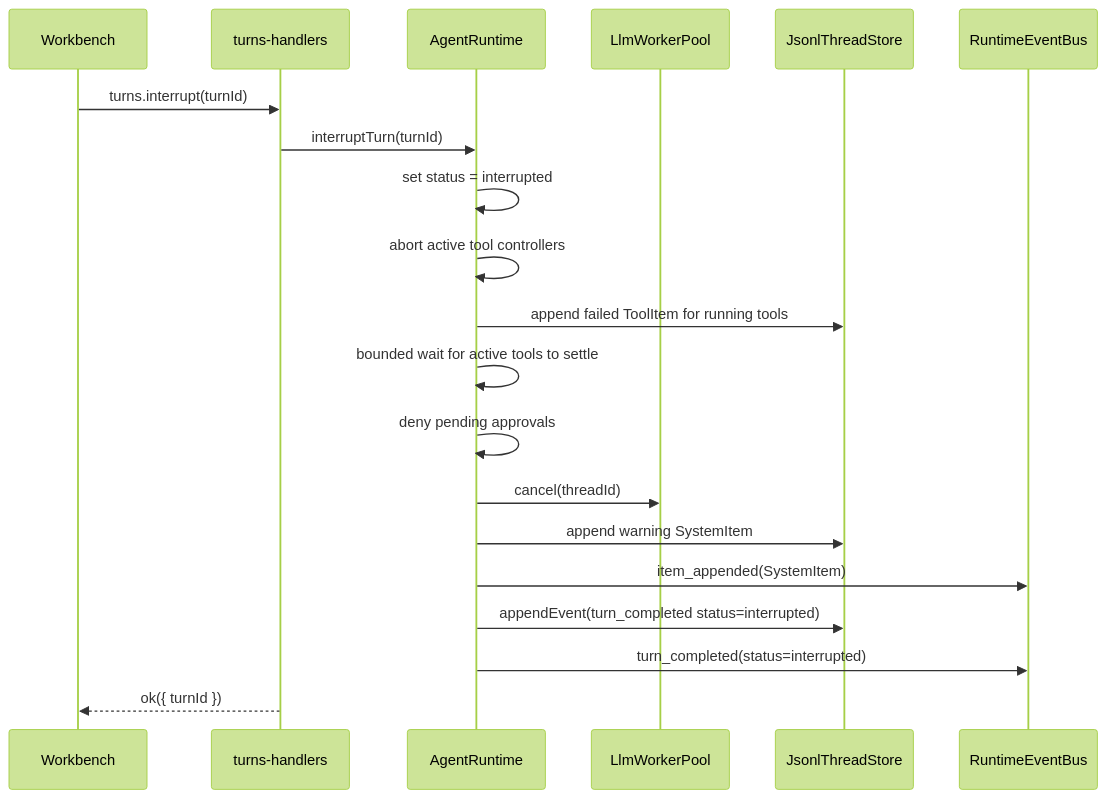
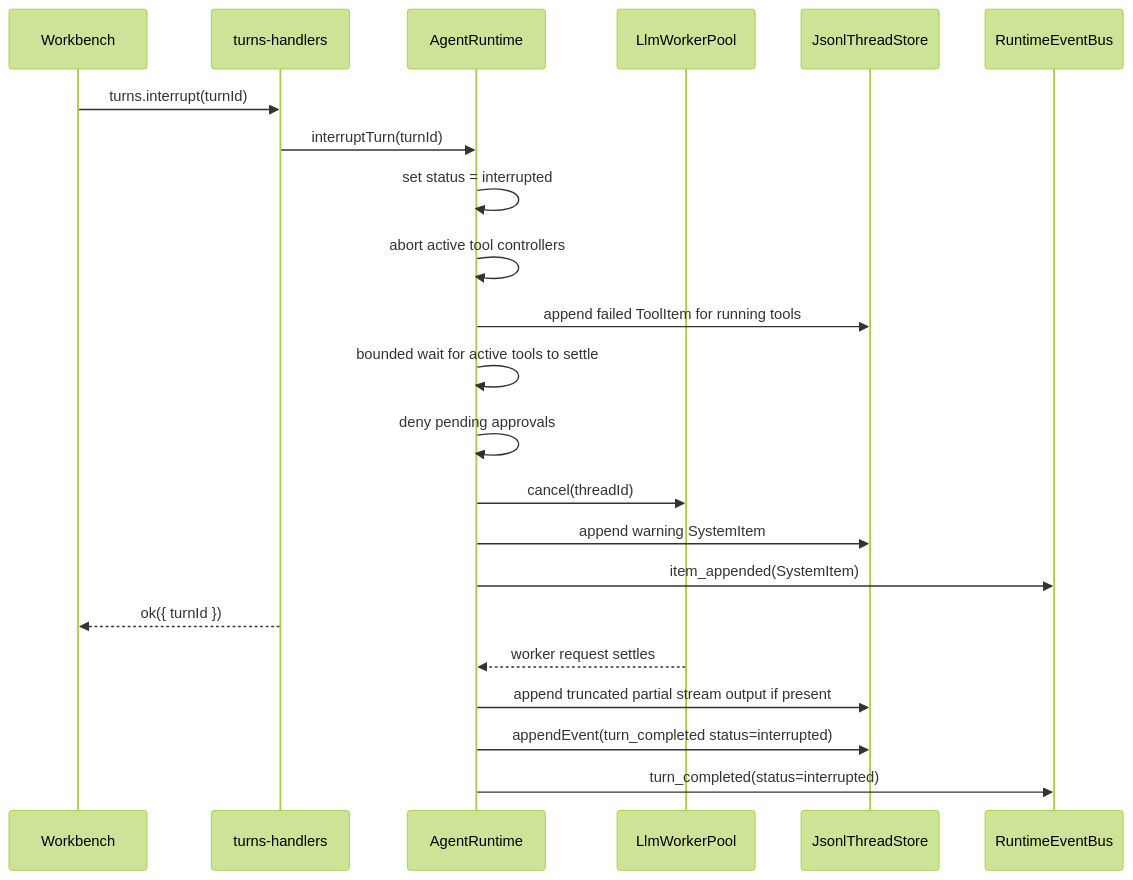
One commit to dp-sudo/agent-pyramid-desktop changed the seventh of 7 diagrams in docs/runtime-flow.md. Above: the diagram before and after it, drawn with Mermaid (forest theme). The commit also changed other lines of this file and 53 other files, not shown here.

````diff
--- a/docs/runtime-flow.md
+++ b/docs/runtime-flow.md
@@ -340,23 +386,25 @@
 ```mermaid
 sequenceDiagram
   participant UI as Workbench
   participant IPC as turns-handlers
   participant RT as AgentRuntime
   participant Pool as LlmWorkerPool
   participant Store as JsonlThreadStore
   participant Bus as RuntimeEventBus
 
   UI->>IPC: turns.interrupt(turnId)
   IPC->>RT: interruptTurn(turnId)
   RT->>RT: set status = interrupted
   RT->>RT: abort active tool controllers
   RT->>Store: append failed ToolItem for running tools
   RT->>RT: bounded wait for active tools to settle
   RT->>RT: deny pending approvals
   RT->>Pool: cancel(threadId)
   RT->>Store: append warning SystemItem
   RT->>Bus: item_appended(SystemItem)
+  IPC-->>UI: ok({ turnId })
+  Pool-->>RT: worker request settles
+  RT->>Store: append truncated partial stream output if present
   RT->>Store: appendEvent(turn_completed status=interrupted)
   RT->>Bus: turn_completed(status=interrupted)
-  IPC-->>UI: ok({ turnId })
 ```
````
